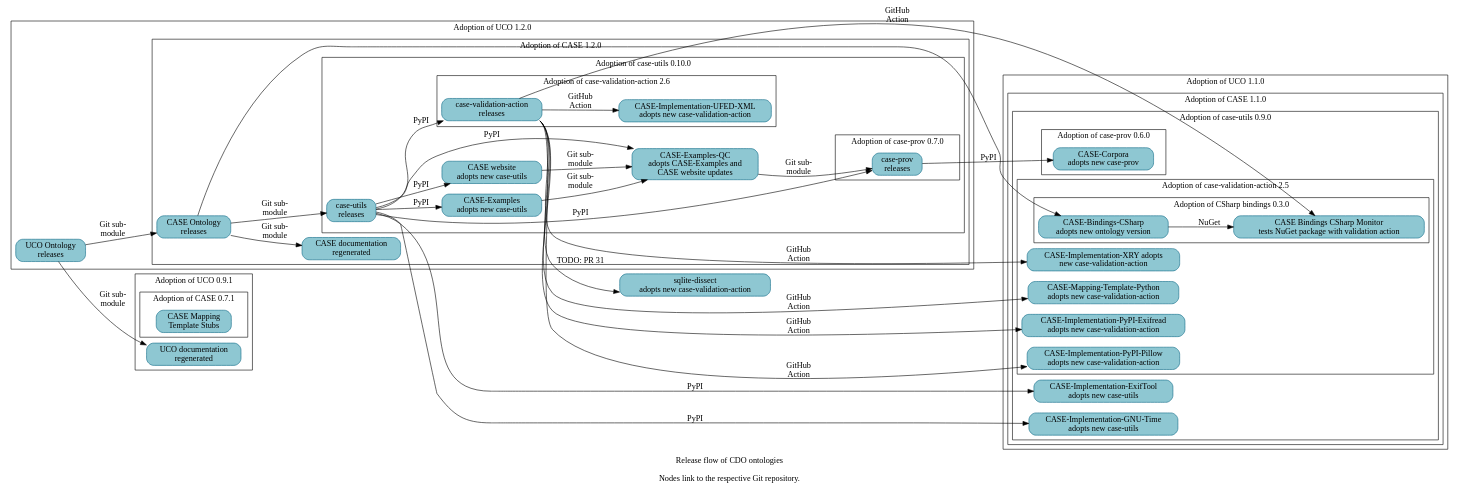
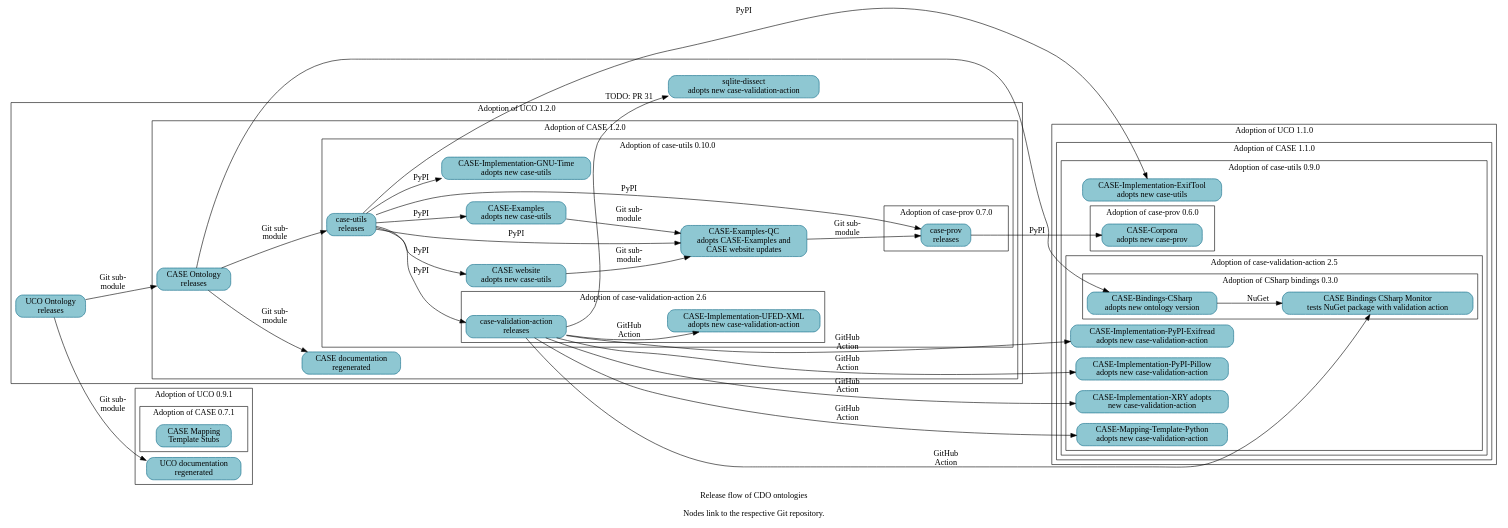
One commit to Cyber-Domain-Ontology/cdo.github.io changed the diagram in resources/project_release_flow.dot. Above: the diagram before and after it, drawn with Graphviz. The commit also changed other lines of this file, not shown here.

First line of the commit message:
Bump case_gnu_time adoption status

```diff
--- a/resources/project_release_flow.dot
+++ b/resources/project_release_flow.dot
@@ -1,118 +1,118 @@
 digraph "cdo_release_flow" {
   label = "Release flow of CDO ontologies\n\nNodes link to the respective Git repository." ;
   rankdir = "LR" ;
   node [shape="rectangle" style="filled,rounded" fillcolor="#8EC7D2" color="#0D6986"] ;
 
 
   // Define nodes in their corresponding progress subgraph.
 
   subgraph cluster_uco_0_9_1 {
     label = "Adoption of UCO 0.9.1" ;
 
     _GH__UCOPROJECT__ONTOLOGY_UNIFIEDCYBERONTOLOGY_ORG [URL="https://github.com/ucoProject/ontology.unifiedcyberontology.org" label="UCO documentation\nregenerated"] ;
 
     subgraph cluster_case_0_7_1 {
       label = "Adoption of CASE 0.7.1" ;
       _GH__CASEWORK__CASE_MAPPING_TEMPLATE_STUBS [URL="https://github.com/casework/CASE-Mapping-Template-Stubs" label="CASE Mapping\nTemplate Stubs"] ;
     }
   }
   subgraph cluster_uco_1_1_0 {
     label = "Adoption of UCO 1.1.0" ;
 
     subgraph cluster_case_1_1_0 {
       label = "Adoption of CASE 1.1.0" ;
 
       subgraph cluster_case_utils_0_9_0 {
         label = "Adoption of case-utils 0.9.0" ;
 
         _GH__CASEWORK__CASE_IMPLEMENTATON_EXIFTOOL [URL="https://github.com/casework/CASE-Implementation-ExifTool" label="CASE-Implementation-ExifTool\nadopts new case-utils"] ;
-        _GH__CASEWORK__CASE_IMPLEMENTATON_GNU_TIME [URL="https://github.com/casework/CASE-Implementation-GNU-Time" label="CASE-Implementation-GNU-Time\nadopts new case-utils"] ;
 
         subgraph cluster_case_prov_0_6_0 {
           label = "Adoption of case-prov 0.6.0" ;
 
           _GH__CASEWORK__CASE_CORPORA [URL="https://github.com/casework/CASE-Corpora" label="CASE-Corpora\nadopts new case-prov"] ;
         }
 
         subgraph cluster_case_validation_action_2_5 {
           label = "Adoption of case-validation-action 2.5" ;
 
           _GH__CASEWORK__CASE_IMPLEMENTATON_PYPI_EXIFREAD [URL="https://github.com/casework/CASE-Implementation-PyPI-Exifread" label="CASE-Implementation-PyPI-Exifread\nadopts new case-validation-action"] ;
           _GH__CASEWORK__CASE_IMPLEMENTATON_PYPI_PILLOW [URL="https://github.com/casework/CASE-Implementation-PyPI-Pillow" label="CASE-Implementation-PyPI-Pillow\nadopts new case-validation-action"] ;
           _GH__CASEWORK__CASE_IMPLEMENTATON_XRY [URL="https://github.com/casework/CASE-Implementation-XRY" label="CASE-Implementation-XRY adopts\nnew case-validation-action"] ;
           _GH__CASEWORK__CASE_MAPPING_TEMPLATE_PYTHON [URL="https://github.com/casework/CASE-Mapping-Template-Python" label="CASE-Mapping-Template-Python\nadopts new case-validation-action"] ;
 
           subgraph cluster_case_bindings_csharp_0_3_0 {
             label = "Adoption of CSharp bindings 0.3.0" ;
             _GH__CASEWORK__CASE_BINDINGS_CSHARP_MONITOR [URL="https://github.com/casework/CASE-Bindings-CSharp-Monitor" label="CASE Bindings CSharp Monitor\ntests NuGet package with validation action"] ;
             _GH__CIPHERTECHSOLUTIONS__CASE_BINDINGS_CSHARP [URL="https://github.com/ciphertechsolutions/CASE-Bindings-CSharp" label="CASE-Bindings-CSharp\nadopts new ontology version"]
           }
         }
       }
     }
   }
   subgraph cluster_uco_1_2_0 {
     label = "Adoption of UCO 1.2.0" ;
 
     _GH__UCOPROJECT__UCO [URL="https://github.com/ucoProject/UCO" label="UCO Ontology\nreleases"] ;
 
     subgraph cluster_case_1_2_0 {
       label = "Adoption of CASE 1.2.0" ;
 
       _GH__CASEWORK__CASE [URL="https://github.com/casework/CASE" label="CASE Ontology\nreleases"] ;
       _GH__CASEWORK__ONTOLOGY_CASEONTOLOGY_ORG [URL="https://github.com/casework/ontology.caseontology.org" label="CASE documentation\nregenerated"] ;
 
       subgraph cluster_case_utils_0_10_0 {
         label = "Adoption of case-utils 0.10.0" ;
 
         _GH__AJNELSON_NIST__CASE_EXAMPLES_QC [URL="https://github.com/ajnelson-nist/CASE-Examples-QC" label="CASE-Examples-QC\nadopts CASE-Examples and\nCASE website updates"] ;
         _GH__CASEWORK__CASE_EXAMPLES [URL="https://github.com/casework/CASE-Examples" label="CASE-Examples\nadopts new case-utils"] ;
+        _GH__CASEWORK__CASE_IMPLEMENTATON_GNU_TIME [URL="https://github.com/casework/CASE-Implementation-GNU-Time" label="CASE-Implementation-GNU-Time\nadopts new case-utils"] ;
         _GH__CASEWORK__CASE_UTILITIES_PYTHON [URL="https://github.com/casework/CASE-Utilities-Python" label="case-utils\nreleases"] ;
         _GH__CASEWORK__CASEWORK_GITHUB_IO [URL="https://github.com/casework/casework.github.io" label="CASE website\nadopts new case-utils"] ;
 
         subgraph cluster_case_prov_0_7_0 {
           label = "Adoption of case-prov 0.7.0" ;
 
           _GH__CASEWORK__CASE_IMPLEMENTATON_PROV_O [URL="https://github.com/casework/CASE-Implementation-PROV-O" label="case-prov\nreleases"] ;
         }
         subgraph cluster_case_validation_action_2_6 {
           label = "Adoption of case-validation-action 2.6" ;
 
           _GH__CASEWORK__CASE_IMPLEMENTATON_UFED_XML [URL="https://github.com/casework/CASE-Implementation-UFED-XML" label="CASE-Implementation-UFED-XML\nadopts new case-validation-action"] ;
           _GH__KCHASON__CASE_VALIDATION_ACTION [URL="https://github.com/kchason/case-validation-action" label="case-validation-action\nreleases"] ;
         }
       }
     }
   }
 
   _GH__DOD_CYBER_CRIME_CENTER__SQLITE_DISSECT [URL="https://github.com/dod-cyber-crime-center/sqlite-dissect" label="sqlite-dissect\nadopts new case-validation-action"] ;
 
   // Begin edges
 
   _GH__AJNELSON_NIST__CASE_EXAMPLES_QC -> _GH__CASEWORK__CASE_IMPLEMENTATON_PROV_O [label="Git sub-\nmodule"] ;
   _GH__CASEWORK__CASE -> _GH__CASEWORK__CASE_UTILITIES_PYTHON [label="Git sub-\nmodule"] ;
   _GH__CASEWORK__CASE -> _GH__CIPHERTECHSOLUTIONS__CASE_BINDINGS_CSHARP ;
   _GH__CASEWORK__CASE -> _GH__CASEWORK__ONTOLOGY_CASEONTOLOGY_ORG [label="Git sub-\nmodule"] ; 
   _GH__CASEWORK__CASE_EXAMPLES -> _GH__AJNELSON_NIST__CASE_EXAMPLES_QC [label="Git sub-\nmodule"] ;
   _GH__CASEWORK__CASE_IMPLEMENTATON_PROV_O -> _GH__CASEWORK__CASE_CORPORA [label="PyPI"] ;
   _GH__CASEWORK__CASE_UTILITIES_PYTHON -> _GH__AJNELSON_NIST__CASE_EXAMPLES_QC [label="PyPI"] ;
   _GH__CASEWORK__CASE_UTILITIES_PYTHON -> _GH__CASEWORK__CASE_EXAMPLES [label="PyPI"] ;
   _GH__CASEWORK__CASE_UTILITIES_PYTHON -> _GH__CASEWORK__CASE_IMPLEMENTATON_EXIFTOOL [label="PyPI"] ;
   _GH__CASEWORK__CASE_UTILITIES_PYTHON -> _GH__CASEWORK__CASE_IMPLEMENTATON_GNU_TIME [label="PyPI"] ;
   _GH__CASEWORK__CASE_UTILITIES_PYTHON -> _GH__CASEWORK__CASE_IMPLEMENTATON_PROV_O [label="PyPI"] ;
   _GH__CASEWORK__CASE_UTILITIES_PYTHON -> _GH__KCHASON__CASE_VALIDATION_ACTION [label="PyPI"] ;
   _GH__CASEWORK__CASE_UTILITIES_PYTHON -> _GH__CASEWORK__CASEWORK_GITHUB_IO [label="PyPI"] ;
   _GH__CASEWORK__CASEWORK_GITHUB_IO -> _GH__AJNELSON_NIST__CASE_EXAMPLES_QC [label="Git sub-\nmodule"] ;
   _GH__CIPHERTECHSOLUTIONS__CASE_BINDINGS_CSHARP -> _GH__CASEWORK__CASE_BINDINGS_CSHARP_MONITOR [label="NuGet"] ;
   _GH__KCHASON__CASE_VALIDATION_ACTION -> _GH__CASEWORK__CASE_BINDINGS_CSHARP_MONITOR [label="GitHub\nAction"] ;
   _GH__KCHASON__CASE_VALIDATION_ACTION -> _GH__CASEWORK__CASE_IMPLEMENTATON_PYPI_EXIFREAD [label="GitHub\nAction"] ;
   _GH__KCHASON__CASE_VALIDATION_ACTION -> _GH__CASEWORK__CASE_IMPLEMENTATON_PYPI_PILLOW [label="GitHub\nAction"] ;
   _GH__KCHASON__CASE_VALIDATION_ACTION -> _GH__CASEWORK__CASE_IMPLEMENTATON_UFED_XML [label="GitHub\nAction"] ;
   _GH__KCHASON__CASE_VALIDATION_ACTION -> _GH__CASEWORK__CASE_IMPLEMENTATON_XRY [label="GitHub\nAction"] ;
   _GH__KCHASON__CASE_VALIDATION_ACTION -> _GH__CASEWORK__CASE_MAPPING_TEMPLATE_PYTHON [label="GitHub\nAction"] ;
   _GH__KCHASON__CASE_VALIDATION_ACTION -> _GH__DOD_CYBER_CRIME_CENTER__SQLITE_DISSECT [URL="https://github.com/dod-cyber-crime-center/sqlite-dissect/pull/31" label="TODO: PR 31"] ;
   // TODO _GH__UCOPROJECT__ONTOLOGY_UNIFIEDCYBERONTOLOGY_ORG -> _GH__CASEWORK__ONTOLOGY_CASEONTOLOGY_ORG [label="Tech-\ncheck"];
   _GH__UCOPROJECT__UCO -> _GH__CASEWORK__CASE [label="Git sub-\nmodule"] ;
   _GH__UCOPROJECT__UCO -> _GH__UCOPROJECT__ONTOLOGY_UNIFIEDCYBERONTOLOGY_ORG [label="Git sub-\nmodule"] ;
 
 }
```
